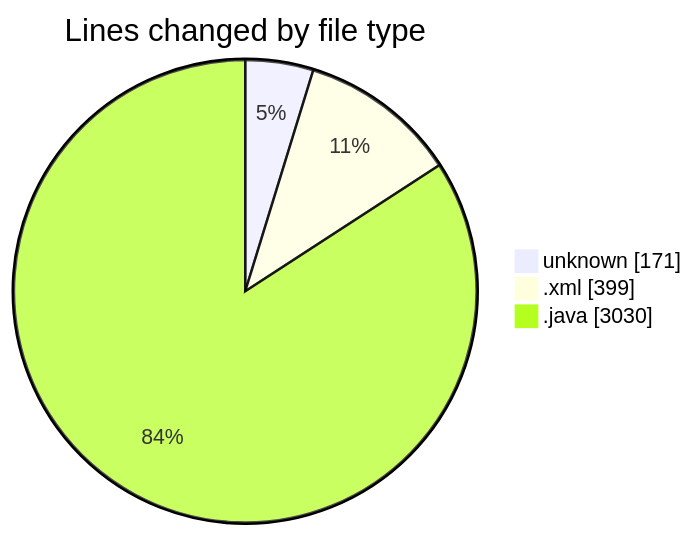
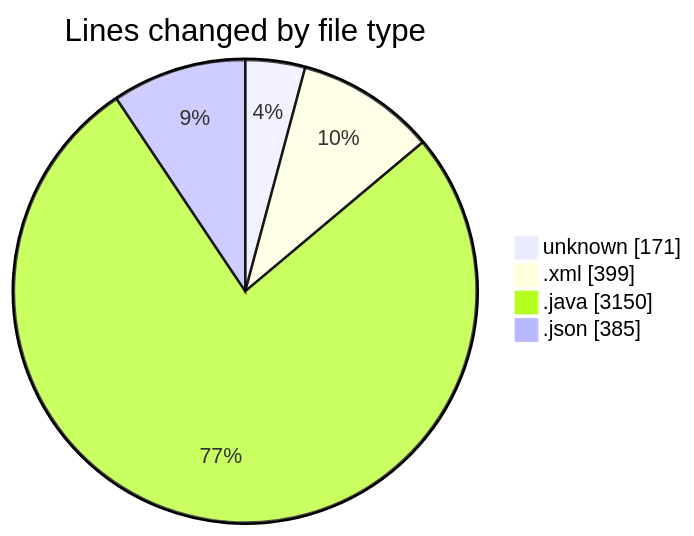
One commit to charlie-sans/code-tracking changed the first of 2 diagrams in 2025-02-24/micros/README.md. Above: the diagram before and after it, drawn with Mermaid. The commit also changed other lines of this file and 1 other file, not shown here.

````diff
--- a/2025-02-24/micros/README.md
+++ b/2025-02-24/micros/README.md
@@ -30,7 +31,8 @@
 ```mermaid
 pie showData
 title Lines changed by file type
 "unknown" : 171
 ".xml" : 399
-".java" : 3030
+".java" : 3150
+".json" : 385
 ```
````
